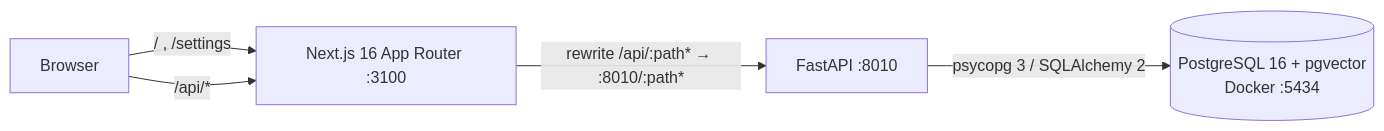
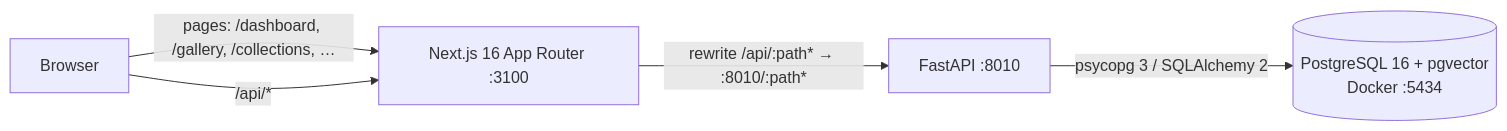
One commit to BHUMIKA-VV/thread-fashion-second-brain changed the first of 2 diagrams in README.md. Above: the diagram before and after it, drawn with Mermaid. The commit also changed other lines of this file and 31 other files, not shown here.

````diff
--- a/README.md
+++ b/README.md
@@ -18,7 +20,7 @@
 ```mermaid
 flowchart LR
-  B[Browser] -->|"/ , /settings"| N[Next.js 16 App Router :3100]
+  B[Browser] -->|"pages: /dashboard, /gallery, /collections, …"| N[Next.js 16 App Router :3100]
   B -->|"/api/*"| N
   N -->|"rewrite /api/:path* → :8010/:path*"| F[FastAPI :8010]
   F -->|"psycopg 3 / SQLAlchemy 2"| P[(PostgreSQL 16 + pgvector<br/>Docker :5434)]
 ```
````
